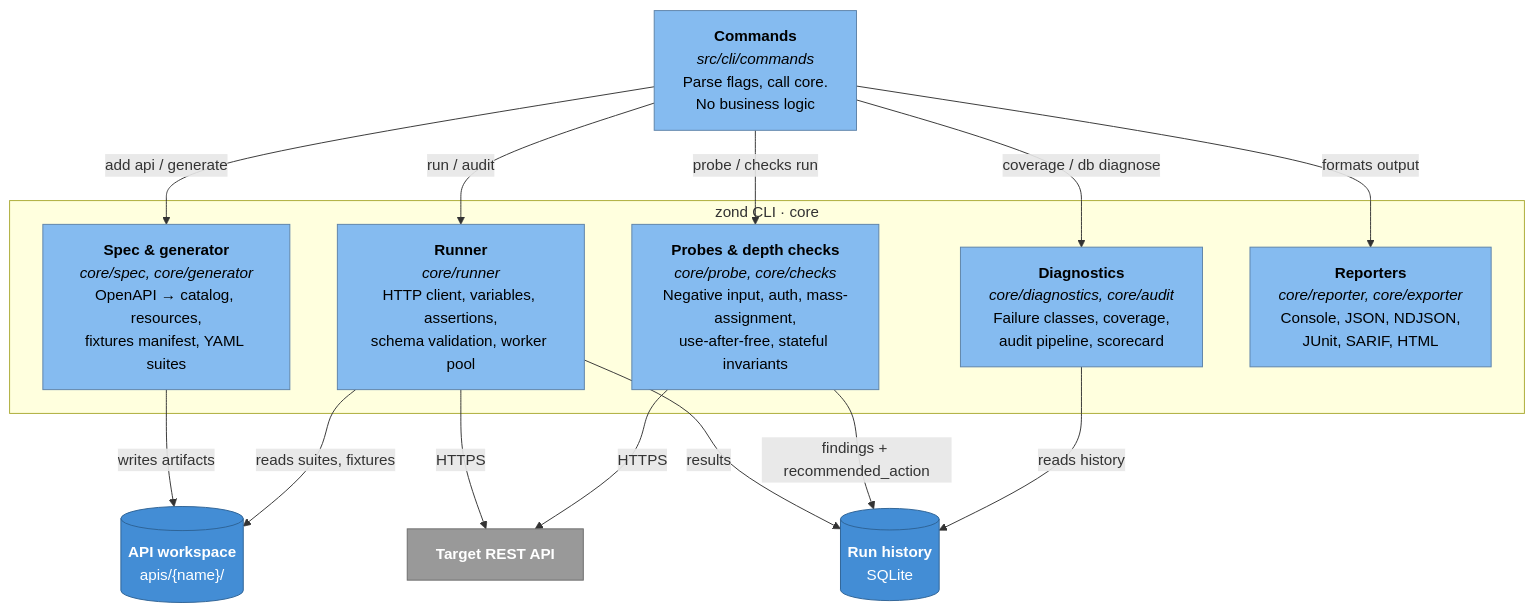
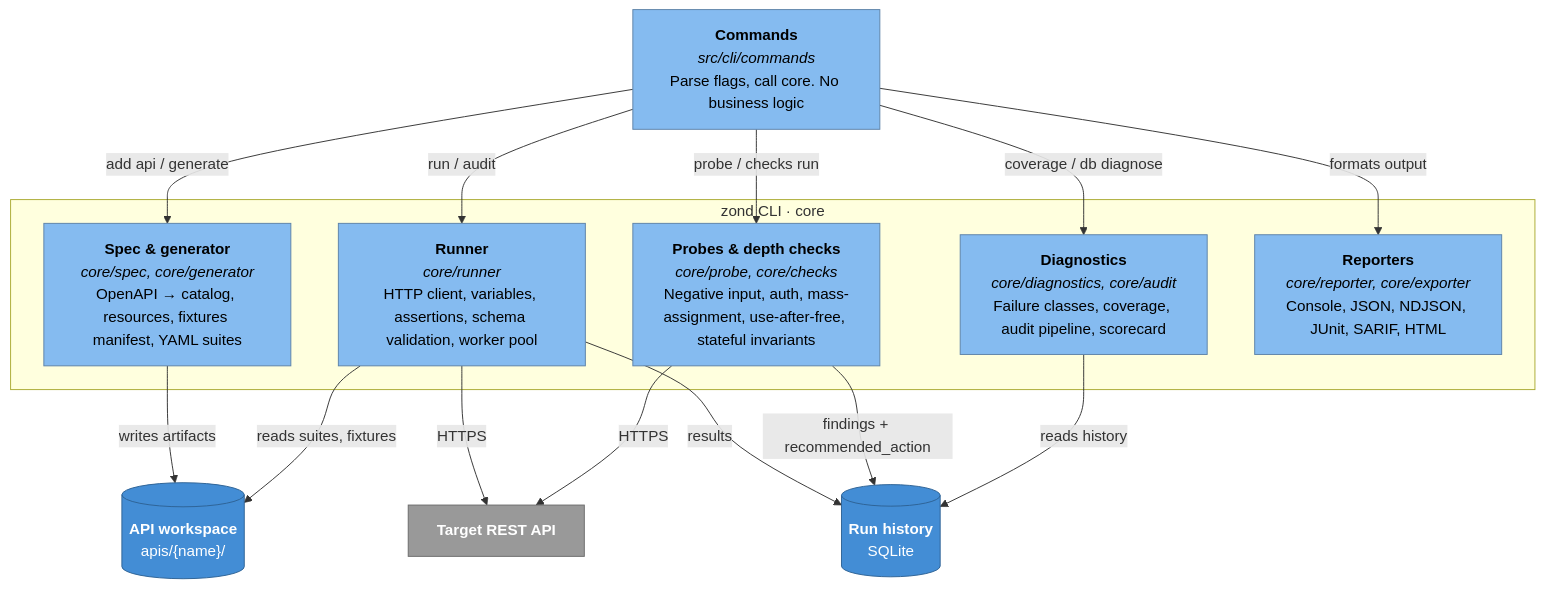
Before and after one commit to kirrosh/zond: the third of 3 diagrams in docs/architecture.md, drawn with Mermaid. The commit also changed other lines of this file, not shown here.

Commit message:
docs: let mermaid wrap C4 node descriptions

````diff
--- a/docs/architecture.md
+++ b/docs/architecture.md
@@ -79,33 +79,33 @@
 ```mermaid
 flowchart TB
   classDef comp fill:#85bbf0,stroke:#5d82a8,color:#000
   classDef db fill:#438dd5,stroke:#2e6295,color:#fff
   classDef ext fill:#999,stroke:#6b6b6b,color:#fff
 
-  cmd["<b>Commands</b><br/><i>src/cli/commands</i><br/>Parse flags, call core.<br/>No business logic"]:::comp
+  cmd["<b>Commands</b><br/><i>src/cli/commands</i><br/>Parse flags, call core. No business logic"]:::comp
 
   subgraph core ["zond CLI · core"]
-    parser["<b>Spec & generator</b><br/><i>core/spec, core/generator</i><br/>OpenAPI → catalog, resources,<br/>fixtures manifest, YAML suites"]:::comp
-    runner["<b>Runner</b><br/><i>core/runner</i><br/>HTTP client, variables, assertions,<br/>schema validation, worker pool"]:::comp
-    probes["<b>Probes & depth checks</b><br/><i>core/probe, core/checks</i><br/>Negative input, auth, mass-assignment,<br/>use-after-free, stateful invariants"]:::comp
-    diag["<b>Diagnostics</b><br/><i>core/diagnostics, core/audit</i><br/>Failure classes, coverage,<br/>audit pipeline, scorecard"]:::comp
-    rep["<b>Reporters</b><br/><i>core/reporter, core/exporter</i><br/>Console, JSON, NDJSON,<br/>JUnit, SARIF, HTML"]:::comp
+    parser["<b>Spec & generator</b><br/><i>core/spec, core/generator</i><br/>OpenAPI → catalog, resources, fixtures manifest, YAML suites"]:::comp
+    runner["<b>Runner</b><br/><i>core/runner</i><br/>HTTP client, variables, assertions, schema validation, worker pool"]:::comp
+    probes["<b>Probes & depth checks</b><br/><i>core/probe, core/checks</i><br/>Negative input, auth, mass-assignment, use-after-free, stateful invariants"]:::comp
+    diag["<b>Diagnostics</b><br/><i>core/diagnostics, core/audit</i><br/>Failure classes, coverage, audit pipeline, scorecard"]:::comp
+    rep["<b>Reporters</b><br/><i>core/reporter, core/exporter</i><br/>Console, JSON, NDJSON, JUnit, SARIF, HTML"]:::comp
   end
 
   ws[("<b>API workspace</b><br/>apis/{name}/")]:::db
   db[("<b>Run history</b><br/>SQLite")]:::db
   api["<b>Target REST API</b>"]:::ext
 
   cmd -->|add api / generate| parser
   cmd -->|run / audit| runner
   cmd -->|probe / checks run| probes
   cmd -->|coverage / db diagnose| diag
   cmd -->|formats output| rep
   parser -->|writes artifacts| ws
   runner -->|reads suites, fixtures| ws
   runner -->|HTTPS| api
   probes -->|HTTPS| api
   runner -->|results| db
   probes -->|findings + recommended_action| db
   diag -->|reads history| db
 ```
````
